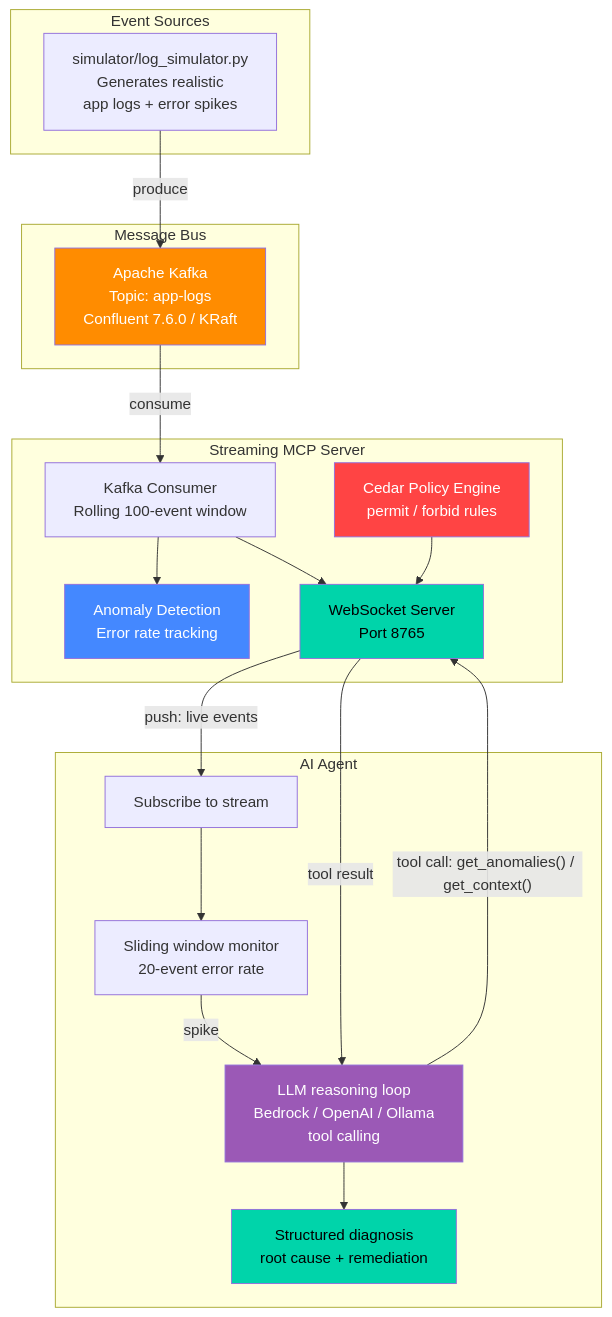
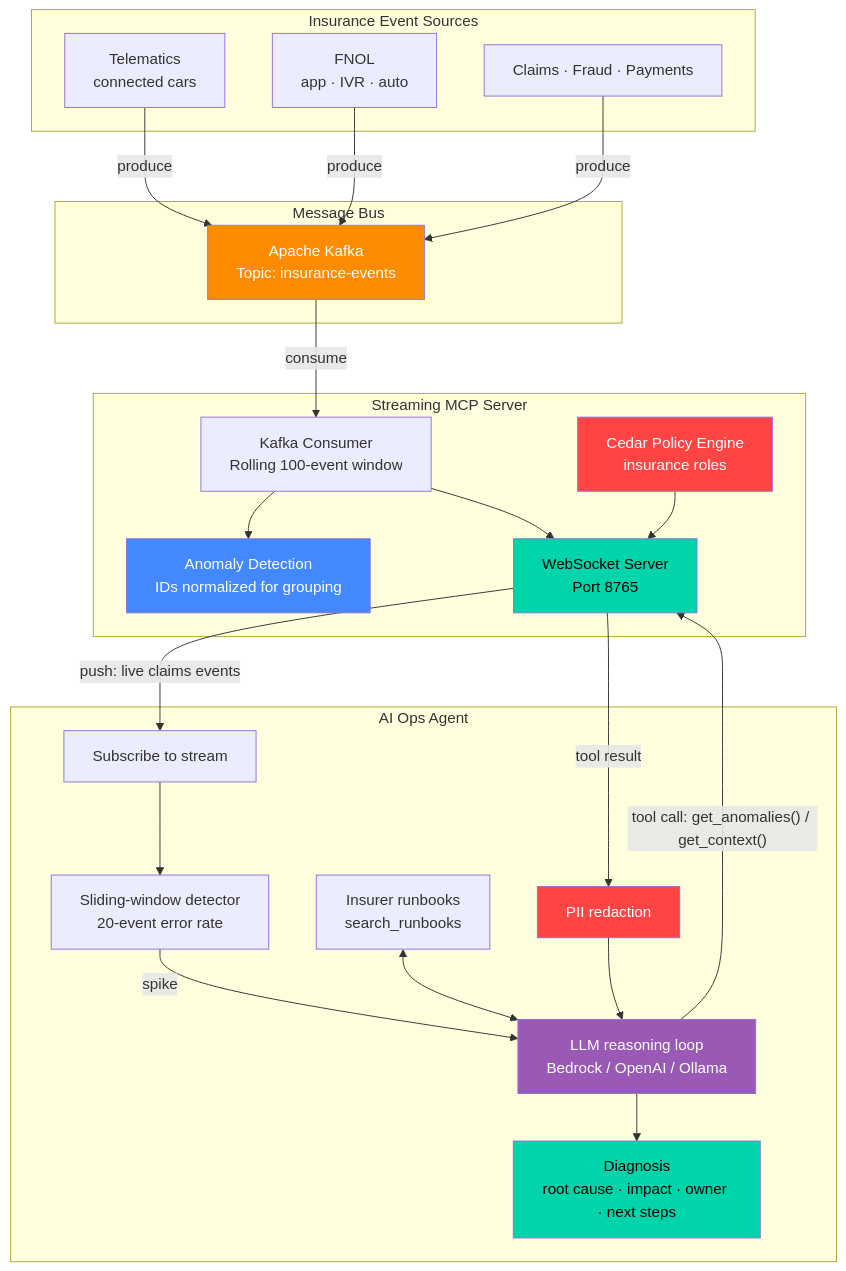
One commit to hakohli/mcp-pulse changed the diagram in README.md. Above: the diagram before and after it, drawn with Mermaid. The commit also changed other lines of this file and 27 other files, not shown here.

````diff
--- a/README.md
+++ b/README.md
@@ -18,41 +74,47 @@
 ```mermaid
 graph TB
-    subgraph Event Sources
-        LS[simulator/log_simulator.py<br/>Generates realistic<br/>app logs + error spikes]
+    subgraph Insurance Event Sources
+        TEL[Telematics<br/>connected cars]
+        FN[FNOL<br/>app · IVR · auto]
+        CL[Claims · Fraud · Payments]
     end
 
     subgraph Message Bus
-        K[Apache Kafka<br/>Topic: app-logs<br/>Confluent 7.6.0 / KRaft]
+        K[Apache Kafka<br/>Topic: insurance-events]
     end
 
     subgraph Streaming MCP Server
         KC[Kafka Consumer<br/>Rolling 100-event window]
-        AD[Anomaly Detection<br/>Error rate tracking]
+        AD[Anomaly Detection<br/>IDs normalized for grouping]
         WS[WebSocket Server<br/>Port 8765]
-        CE[Cedar Policy Engine<br/>permit / forbid rules]
+        CE[Cedar Policy Engine<br/>insurance roles]
         KC --> AD
         KC --> WS
         CE --> WS
     end
 
-    subgraph AI Agent
+    subgraph AI Ops Agent
         SUB[Subscribe to stream]
-        MON[Sliding window monitor<br/>20-event error rate]
-        LLM[LLM reasoning loop<br/>Bedrock / OpenAI / Ollama<br/>tool calling]
-        FIX[Structured diagnosis<br/>root cause + remediation]
+        MON[Sliding-window detector<br/>20-event error rate]
+        RED[PII redaction]
+        LLM[LLM reasoning loop<br/>Bedrock / OpenAI / Ollama]
+        RB[Insurer runbooks<br/>search_runbooks]
+        FIX[Diagnosis<br/>root cause · impact · owner · next steps]
         SUB --> MON -- spike --> LLM --> FIX
+        RB <--> LLM
     end
 
-    LS -- produce --> K
+    TEL & FN & CL -- produce --> K
     K -- consume --> KC
-    WS -- "push: live events" --> SUB
+    WS -- "push: live claims events" --> SUB
     LLM -- "tool call: get_anomalies() / get_context()" --> WS
-    WS -- "tool result" --> LLM
+    WS -- "tool result" --> RED --> LLM
 
     style K fill:#FF8C00,color:#fff
     style WS fill:#00D4AA,color:#000
     style CE fill:#FF4444,color:#fff
     style AD fill:#4488FF,color:#fff
     style FIX fill:#00D4AA,color:#000
     style LLM fill:#9B59B6,color:#fff
+    style RED fill:#FF4444,color:#fff
 ```
````
